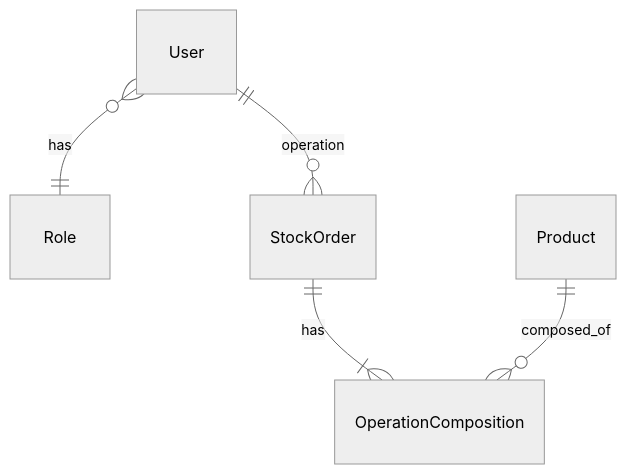
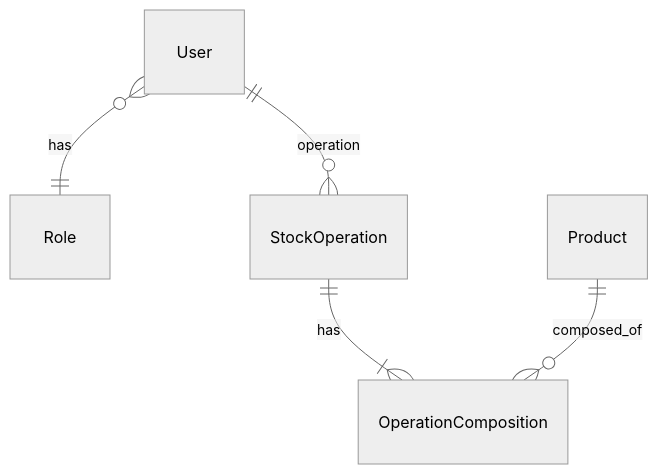
The third of 11 diagrams in README.md (PortnovAlex80/node_js_pro), drawn with Mermaid (neutral theme) before and after one commit. The commit also changed other lines of this file, not shown here.

````diff
--- a/README.md
+++ b/README.md
@@ -456,9 +465,9 @@
 ```mermaid
 erDiagram
 
     User }o--|| Role : has 
 
-    User ||--o{ StockOrder : operation
-    StockOrder ||--|{ OperationComposition : has
+    User ||--o{ StockOperation : operation
+    StockOperation ||--|{ OperationComposition : has
 	Product ||--o{ OperationComposition : composed_of
 ```
````
